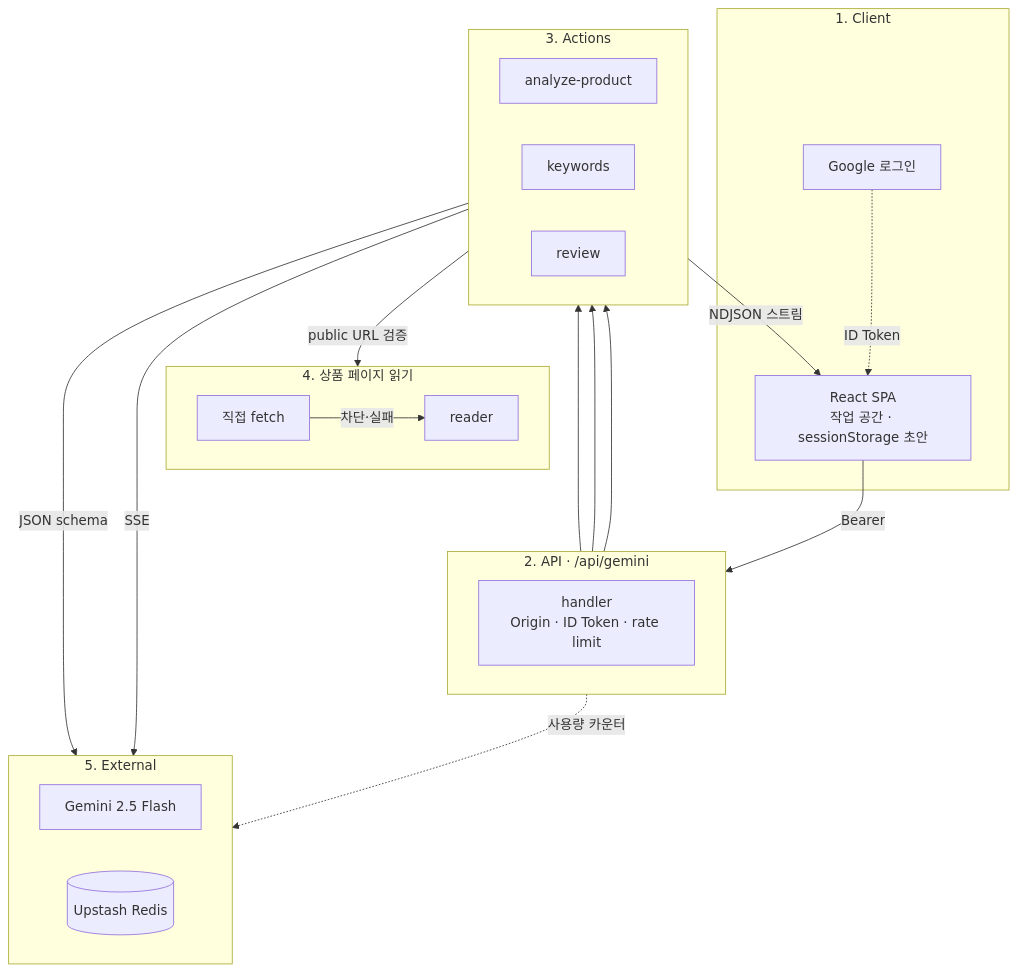
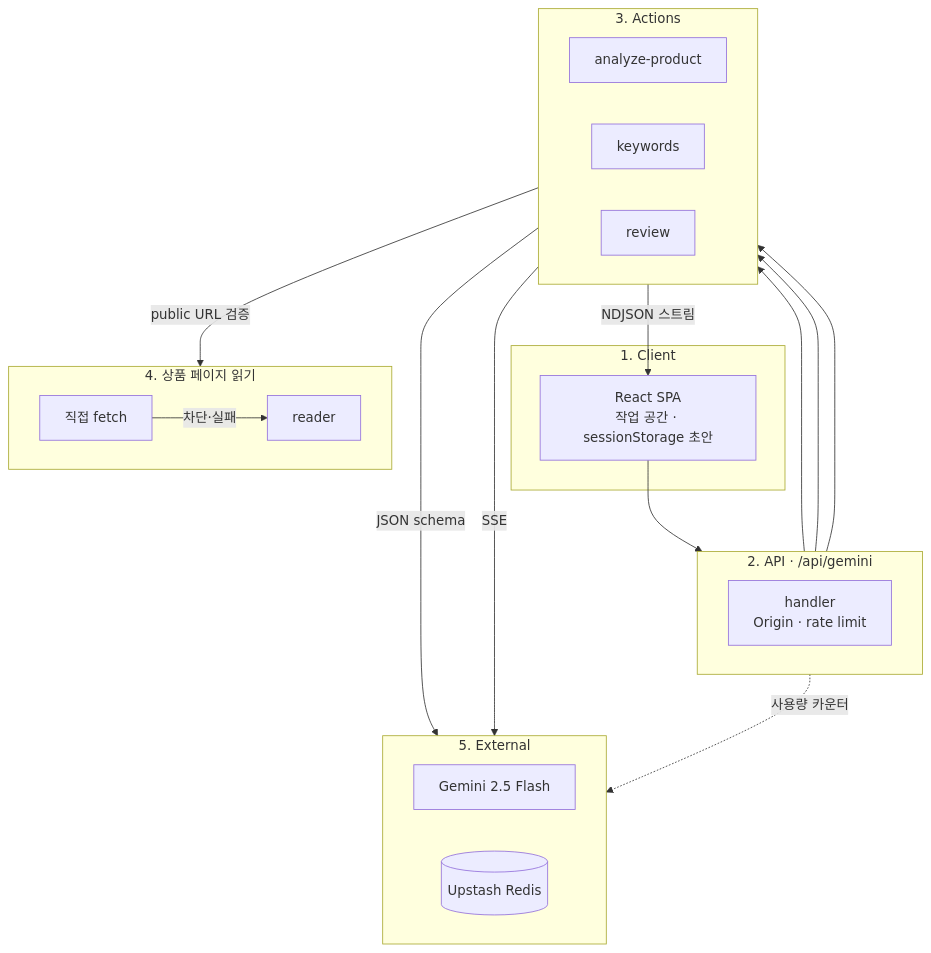
Before and after one commit to Yelli915/auto-review-generator: the diagram in README.md, drawn with Mermaid. The commit also changed other lines of this file and 19 other files, not shown here.

Commit message:
refactor : Google 로그인 제거 및 출처·IP 기반 제한으로 단순화

````diff
--- a/README.md
+++ b/README.md
@@ -42,45 +41,43 @@
 ```mermaid
 flowchart TB
   subgraph L1["1. Client"]
     FE["React SPA<br/>작업 공간 · sessionStorage 초안"]
-    GID["Google 로그인"]
   end
 
   subgraph L2["2. API · /api/gemini"]
     direction LR
-    GUARD["handler<br/>Origin · ID Token · rate limit"]
+    GUARD["handler<br/>Origin · rate limit"]
   end
 
   subgraph L3["3. Actions"]
     direction LR
     AP["analyze-product"]
     KW["keywords"]
     RV["review"]
   end
 
   subgraph L4["4. 상품 페이지 읽기"]
     direction LR
     D["직접 fetch"]
     R["reader"]
   end
 
   subgraph L5["5. External"]
     direction LR
     GM["Gemini 2.5 Flash"]
     RD[("Upstash Redis")]
   end
 
-  GID -.->|ID Token| FE
-  FE -->|Bearer| GUARD
+  FE --> GUARD
   GUARD --> AP
   GUARD --> KW
   GUARD --> RV
   GUARD -.->|사용량 카운터| RD
 
   AP -->|public URL 검증| D
   D -->|차단·실패| R
 
   KW -->|JSON schema| GM
   RV -->|SSE| GM
   RV -->|NDJSON 스트림| FE
 ```
````
